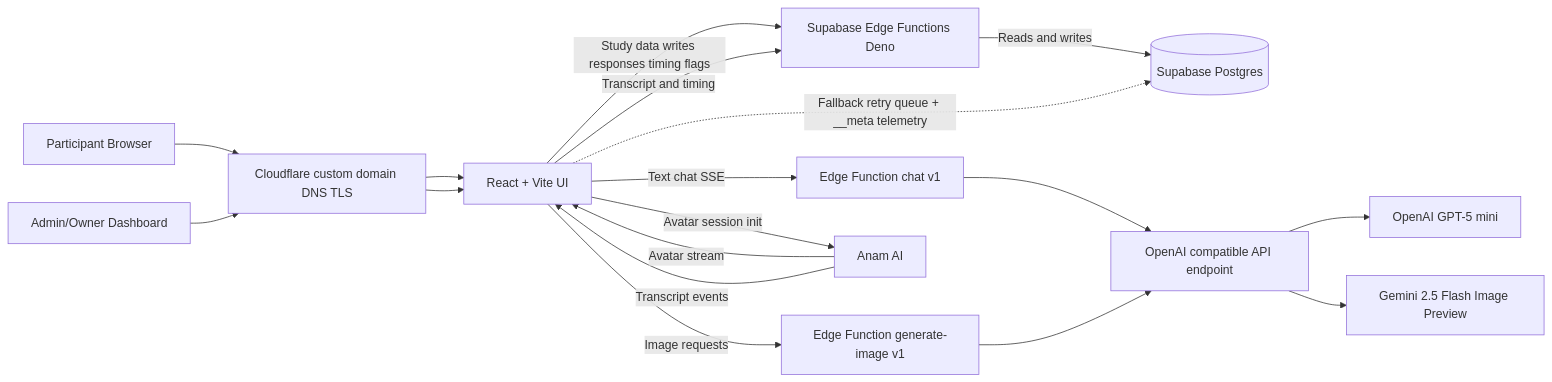
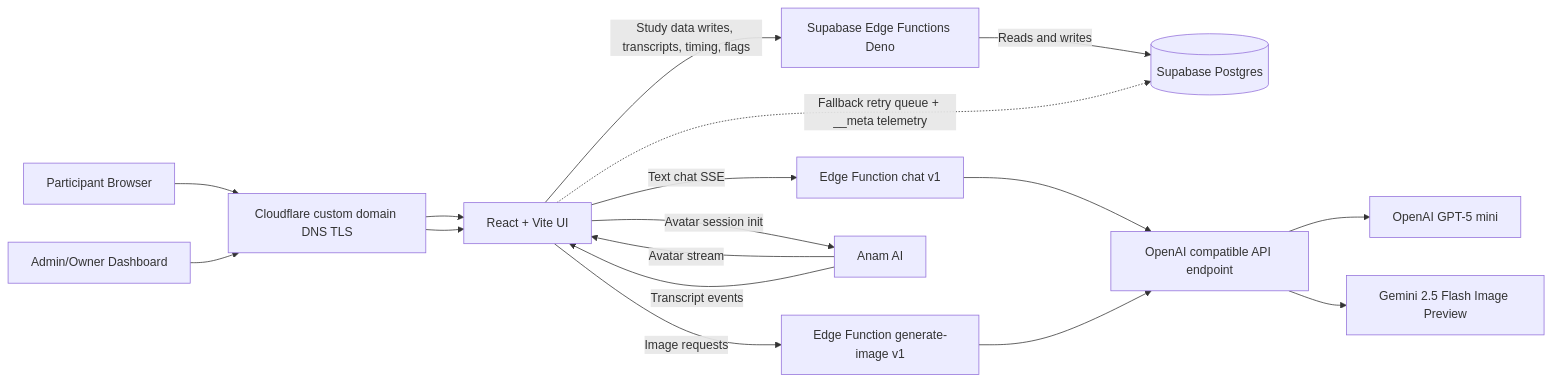
Before and after one commit to jacobemanuel/embodiment-lab: the first of 2 diagrams in README.md, drawn with Mermaid.

Commit message:
fix architecture diagram overlap

````diff
--- a/README.md
+++ b/README.md
@@ -73,23 +73,22 @@
 ```mermaid
 flowchart LR
   User["Participant Browser"] --> CF["Cloudflare custom domain DNS TLS"] --> FE["React + Vite UI"]
   Admin["Admin/Owner Dashboard"] --> CF --> FE
 
-  FE -->|Study data writes responses timing flags| Edge["Supabase Edge Functions Deno"]
+  FE -->|Study data writes, transcripts, timing, flags| Edge["Supabase Edge Functions Deno"]
   Edge -->|Reads and writes| DB[("Supabase Postgres")]
 
   FE -->|Text chat SSE| ChatFn["Edge Function chat v1"]
   ChatFn --> LLMApi["OpenAI compatible API endpoint"]
   LLMApi --> OpenAI["OpenAI GPT-5 mini"]
 
   FE -->|Image requests| ImgFn["Edge Function generate-image v1"]
   ImgFn --> LLMApi
   LLMApi --> Gemini["Gemini 2.5 Flash Image Preview"]
 
   FE -->|Avatar session init| Anam["Anam AI"]
   Anam -->|Avatar stream| FE
   Anam -->|Transcript events| FE
-  FE -->|Transcript and timing| Edge
 
   FE -.->|Fallback retry queue + __meta telemetry| DB
 ```
````
